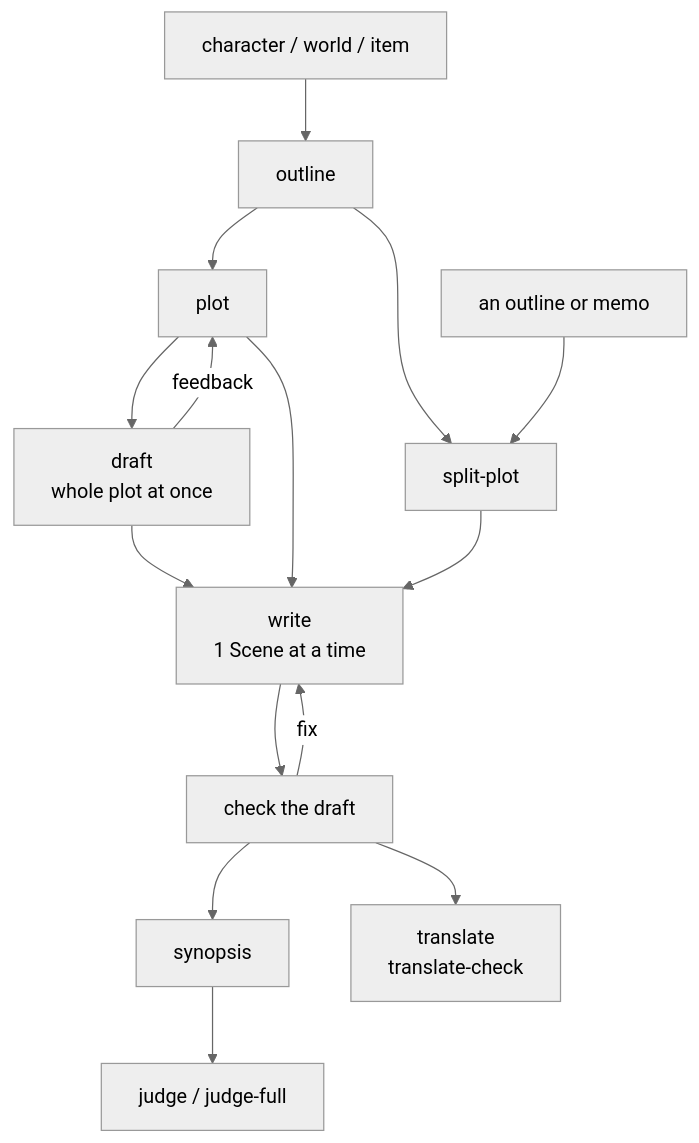
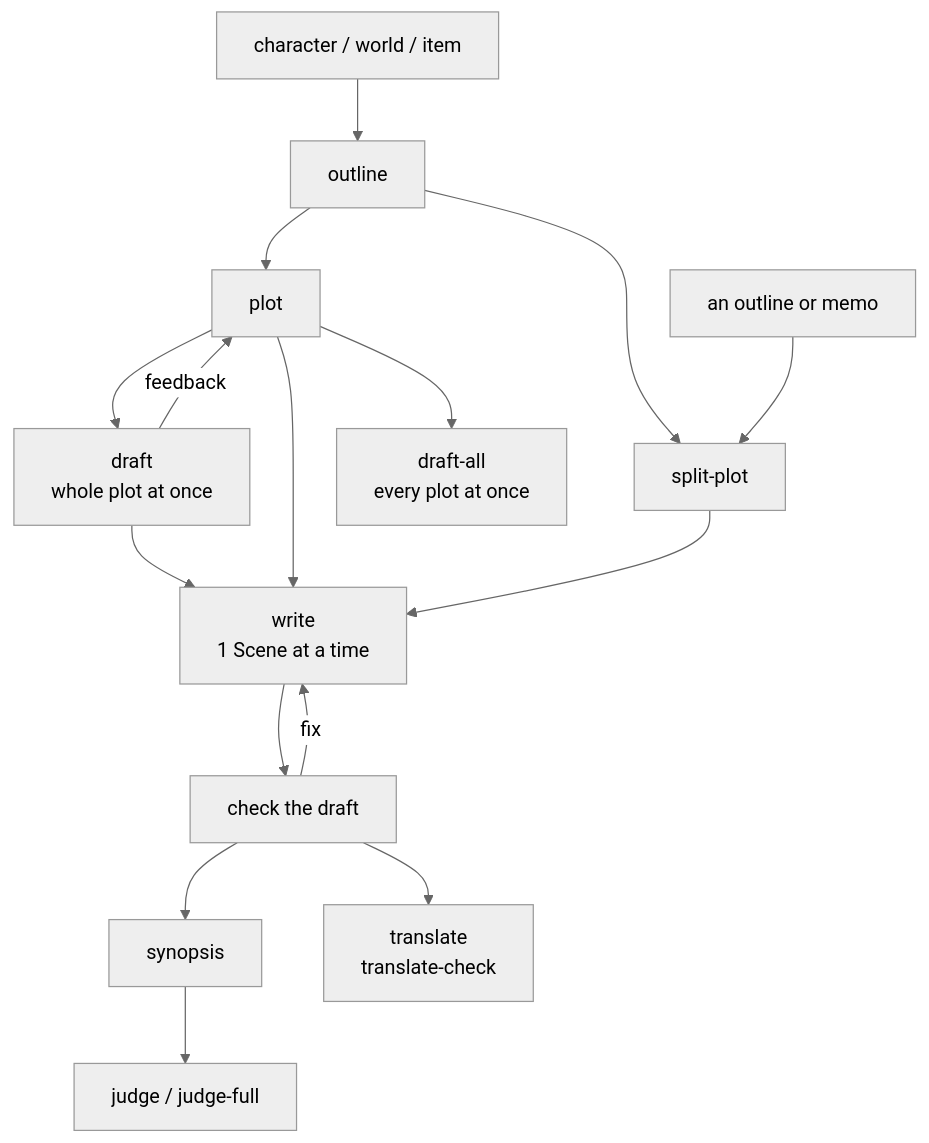
One commit to omni-stove/skill-kit changed the diagram in domains/story/README.md. Above: the diagram before and after it, drawn with Mermaid (neutral theme). The commit also changed other lines of this file and 24 other files, not shown here.

````diff
--- a/domains/story/README.md
+++ b/domains/story/README.md
@@ -8,17 +8,18 @@
 ```mermaid
 flowchart TD
   settings[character / world / item] --> outline[outline]
   outline --> plot[plot]
   outline --> split
   memo[an outline or memo] --> split[split-plot]
   plot --> draft[draft<br/>whole plot at once]
   draft -- "feedback" --> plot
   draft --> write
   plot --> write
+  plot --> draftall[draft-all<br/>every plot at once]
   split --> write[write<br/>1 Scene at a time]
   write --> checks[check the draft]
   checks -- "fix" --> write
   checks --> synopsis[synopsis]
   synopsis --> judge[judge / judge-full]
   checks --> translate[translate<br/>translate-check]
 ```
````
